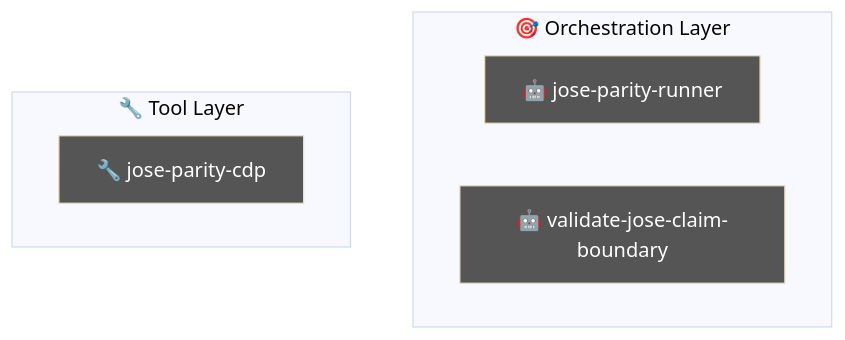
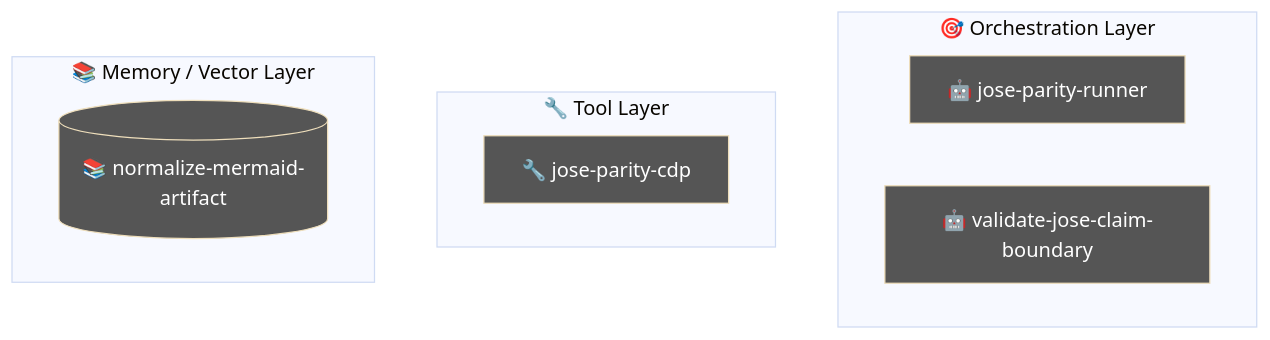
Before and after one commit to jscraik/websites: the diagram in .diagram/agent.mmd, drawn with Mermaid (base theme). The commit also changed 3 other files, not shown here.

Commit message:
chore(ops): refresh portfolio diagram evidence

```diff
--- a/.diagram/agent.mmd
+++ b/.diagram/agent.mmd
@@ -1,14 +1,18 @@
 flowchart TD
   subgraph Orchestration["🎯 Orchestration Layer"]
     jose_parity_runner_50cc4344["🤖 jose-parity-runner"]
     validate_jose_claim_boundary_01082824["🤖 validate-jose-claim-boundary"]
   end
   subgraph ToolLayer["🔧 Tool Layer"]
     jose_parity_cdp_bdcde21d["🔧 jose-parity-cdp"]
   end
+  subgraph MemoryLayer["📚 Memory / Vector Layer"]
+    normalize_mermaid_artifact_9dba7231[("📚 normalize-mermaid-artifact")]
+  end
   classDef agentNode fill:#555,color:#fff
   class jose_parity_runner_50cc4344,validate_jose_claim_boundary_01082824 agentNode
   classDef llmNode fill:#555,color:#fff
   classDef toolNode fill:#555,color:#fff
   class jose_parity_cdp_bdcde21d toolNode
   classDef memNode fill:#555,color:#fff
+  class normalize_mermaid_artifact_9dba7231 memNode
```
